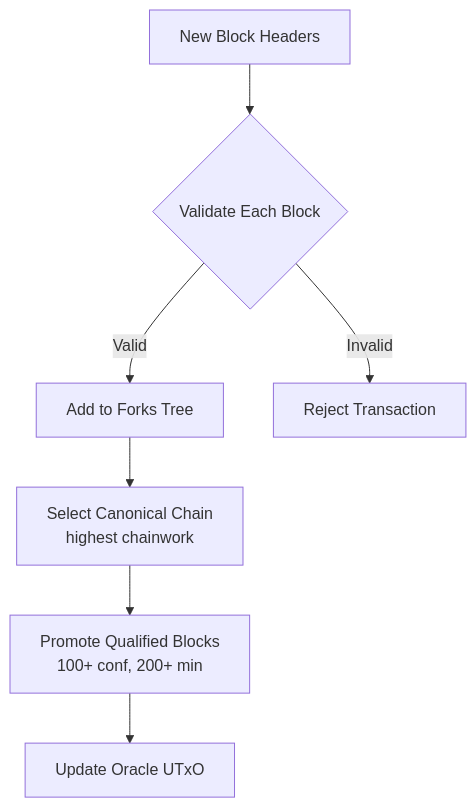
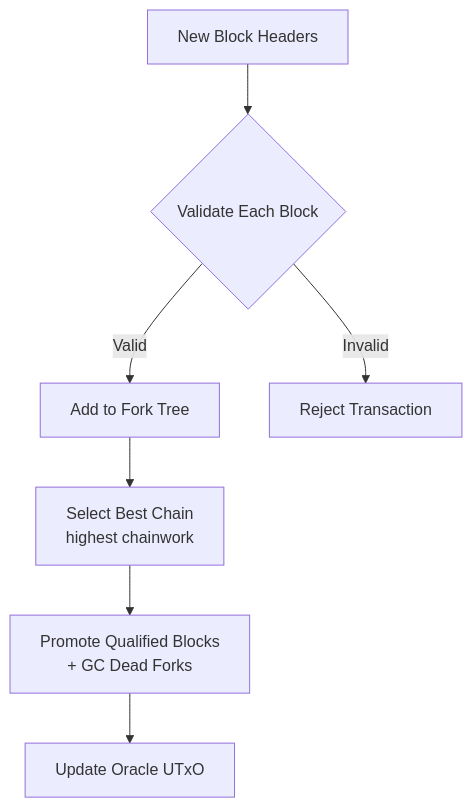
The fourth of 5 diagrams in Litepaper.md (lantr-io/binocular), drawn with Mermaid before and after one commit. The commit also changed other lines of this file and 5 other files, not shown here.

````diff
--- a/Litepaper.md
+++ b/Litepaper.md
@@ -112,9 +127,9 @@
 ```mermaid
 graph TD
     A[New Block Headers] --> B{Validate Each Block}
-    B -->|Valid| C[Add to Forks Tree]
+    B -->|Valid| C[Add to Fork Tree]
     B -->|Invalid| D[Reject Transaction]
-    C --> E[Select Canonical Chain<br/>highest chainwork]
-    E --> F[Promote Qualified Blocks<br/>100+ conf, 200+ min]
+    C --> E[Select Best Chain<br/>highest chainwork]
+    E --> F[Promote Qualified Blocks<br/>+ GC Dead Forks]
     F --> G[Update Oracle UTxO]
 ```
````
